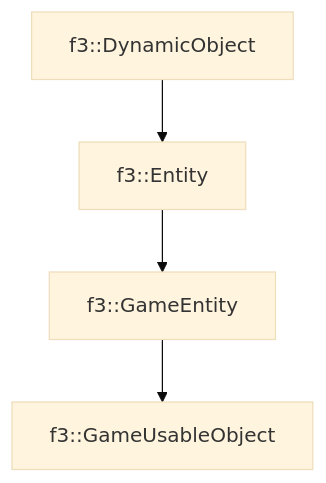
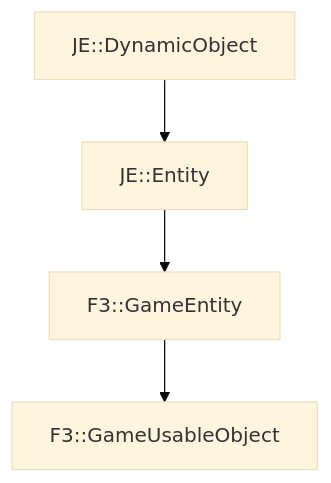
One commit to OpenJE/openvb changed the diagram in docs/f3/GameUsableObject.md. Above: the diagram before and after it, drawn with Mermaid (base theme). The commit also changed other lines of this file and 1399 other files, not shown here.

````diff
--- a/docs/f3/GameUsableObject.md
+++ b/docs/f3/GameUsableObject.md
@@ -18,6 +18,6 @@
 ```mermaid
 graph TD;
-    f3::DynamicObject --> f3::Entity
-    f3::Entity --> f3::GameEntity
-    f3::GameEntity --> f3::GameUsableObject
+    JE::DynamicObject --> JE::Entity
+    JE::Entity --> F3::GameEntity
+    F3::GameEntity --> F3::GameUsableObject
 ```
````
